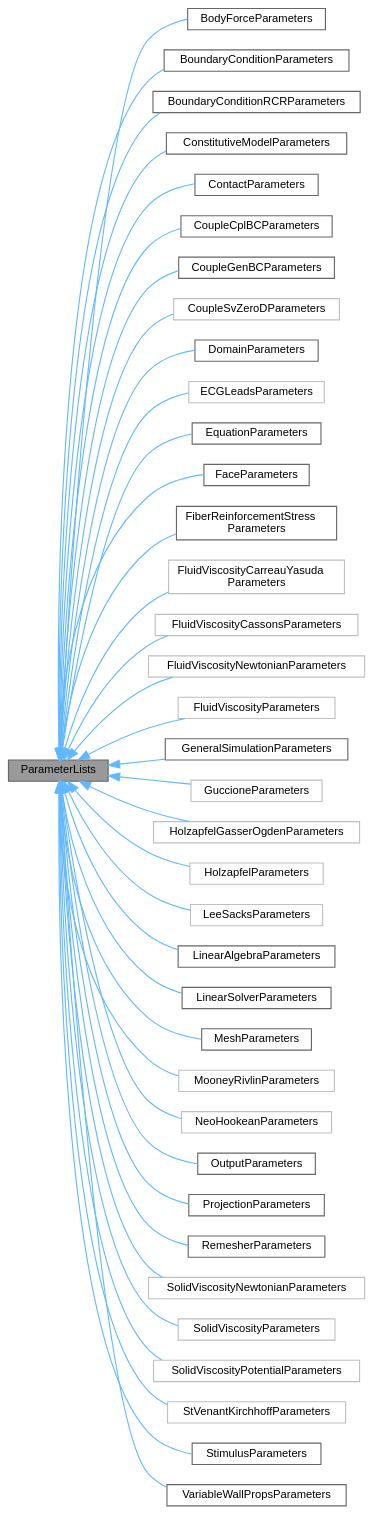
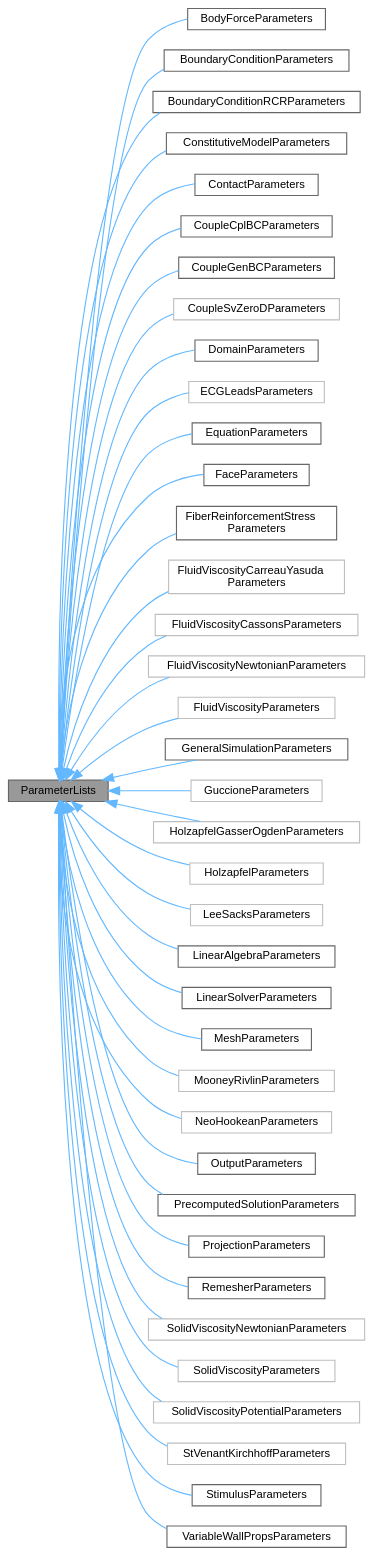
The diagram in class_parameter_lists__inherit__graph.dot (msbazzi/svMultiPhysics), drawn with Graphviz before and after one commit. The commit also changed 36 other files, not shown here.

```diff
--- a/class_parameter_lists__inherit__graph.dot
+++ b/class_parameter_lists__inherit__graph.dot
@@ -63,19 +63,21 @@
   Node1 -> Node29 [id="edge28_Node000001_Node000029",dir="back",color="steelblue1",style="solid",tooltip=" "];
   Node29 [id="Node000029",label="OutputParameters",height=0.2,width=0.4,color="gray40", fillcolor="white", style="filled",URL="$class_output_parameters.html",tooltip="The OutputParameters class stores parameters for the Output XML element under Add_equation."];
   Node1 -> Node30 [id="edge29_Node000001_Node000030",dir="back",color="steelblue1",style="solid",tooltip=" "];
-  Node30 [id="Node000030",label="ProjectionParameters",height=0.2,width=0.4,color="gray40", fillcolor="white", style="filled",URL="$class_projection_parameters.html",tooltip="The ProjectionParameters class stores parameters for the 'Add_projection' XML element used for fluid-..."];
+  Node30 [id="Node000030",label="PrecomputedSolutionParameters",height=0.2,width=0.4,color="gray40", fillcolor="white", style="filled",URL="$class_precomputed_solution_parameters.html",tooltip="The PrecomputedSolutionParameters class stores parameters for the 'Precomputed_solution' XML element ..."];
   Node1 -> Node31 [id="edge30_Node000001_Node000031",dir="back",color="steelblue1",style="solid",tooltip=" "];
-  Node31 [id="Node000031",label="RemesherParameters",height=0.2,width=0.4,color="gray40", fillcolor="white", style="filled",URL="$class_remesher_parameters.html",tooltip="The RemesherParameters class stores parameters for the 'Remesher' XML element used for remeshing."];
+  Node31 [id="Node000031",label="ProjectionParameters",height=0.2,width=0.4,color="gray40", fillcolor="white", style="filled",URL="$class_projection_parameters.html",tooltip="The ProjectionParameters class stores parameters for the 'Add_projection' XML element used for fluid-..."];
   Node1 -> Node32 [id="edge31_Node000001_Node000032",dir="back",color="steelblue1",style="solid",tooltip=" "];
-  Node32 [id="Node000032",label="SolidViscosityNewtonianParameters",height=0.2,width=0.4,color="grey75", fillcolor="white", style="filled",URL="$class_solid_viscosity_newtonian_parameters.html",tooltip=" "];
+  Node32 [id="Node000032",label="RemesherParameters",height=0.2,width=0.4,color="gray40", fillcolor="white", style="filled",URL="$class_remesher_parameters.html",tooltip="The RemesherParameters class stores parameters for the 'Remesher' XML element used for remeshing."];
   Node1 -> Node33 [id="edge32_Node000001_Node000033",dir="back",color="steelblue1",style="solid",tooltip=" "];
-  Node33 [id="Node000033",label="SolidViscosityParameters",height=0.2,width=0.4,color="grey75", fillcolor="white", style="filled",URL="$class_solid_viscosity_parameters.html",tooltip=" "];
+  Node33 [id="Node000033",label="SolidViscosityNewtonianParameters",height=0.2,width=0.4,color="grey75", fillcolor="white", style="filled",URL="$class_solid_viscosity_newtonian_parameters.html",tooltip=" "];
   Node1 -> Node34 [id="edge33_Node000001_Node000034",dir="back",color="steelblue1",style="solid",tooltip=" "];
-  Node34 [id="Node000034",label="SolidViscosityPotentialParameters",height=0.2,width=0.4,color="grey75", fillcolor="white", style="filled",URL="$class_solid_viscosity_potential_parameters.html",tooltip=" "];
+  Node34 [id="Node000034",label="SolidViscosityParameters",height=0.2,width=0.4,color="grey75", fillcolor="white", style="filled",URL="$class_solid_viscosity_parameters.html",tooltip=" "];
   Node1 -> Node35 [id="edge34_Node000001_Node000035",dir="back",color="steelblue1",style="solid",tooltip=" "];
-  Node35 [id="Node000035",label="StVenantKirchhoffParameters",height=0.2,width=0.4,color="grey75", fillcolor="white", style="filled",URL="$class_st_venant_kirchhoff_parameters.html",tooltip=" "];
+  Node35 [id="Node000035",label="SolidViscosityPotentialParameters",height=0.2,width=0.4,color="grey75", fillcolor="white", style="filled",URL="$class_solid_viscosity_potential_parameters.html",tooltip=" "];
   Node1 -> Node36 [id="edge35_Node000001_Node000036",dir="back",color="steelblue1",style="solid",tooltip=" "];
-  Node36 [id="Node000036",label="StimulusParameters",height=0.2,width=0.4,color="gray40", fillcolor="white", style="filled",URL="$class_stimulus_parameters.html",tooltip="The StimulusParameters class stores parameters for 'Stimulus' XML element used to parameters for pace..."];
+  Node36 [id="Node000036",label="StVenantKirchhoffParameters",height=0.2,width=0.4,color="grey75", fillcolor="white", style="filled",URL="$class_st_venant_kirchhoff_parameters.html",tooltip=" "];
   Node1 -> Node37 [id="edge36_Node000001_Node000037",dir="back",color="steelblue1",style="solid",tooltip=" "];
-  Node37 [id="Node000037",label="VariableWallPropsParameters",height=0.2,width=0.4,color="gray40", fillcolor="white", style="filled",URL="$class_variable_wall_props_parameters.html",tooltip="The VariableWallPropsParameters class stores parameters for variable wall properties for the CMM equa..."];
+  Node37 [id="Node000037",label="StimulusParameters",height=0.2,width=0.4,color="gray40", fillcolor="white", style="filled",URL="$class_stimulus_parameters.html",tooltip="The StimulusParameters class stores parameters for 'Stimulus' XML element used to parameters for pace..."];
+  Node1 -> Node38 [id="edge37_Node000001_Node000038",dir="back",color="steelblue1",style="solid",tooltip=" "];
+  Node38 [id="Node000038",label="VariableWallPropsParameters",height=0.2,width=0.4,color="gray40", fillcolor="white", style="filled",URL="$class_variable_wall_props_parameters.html",tooltip="The VariableWallPropsParameters class stores parameters for variable wall properties for the CMM equa..."];
 }
```
